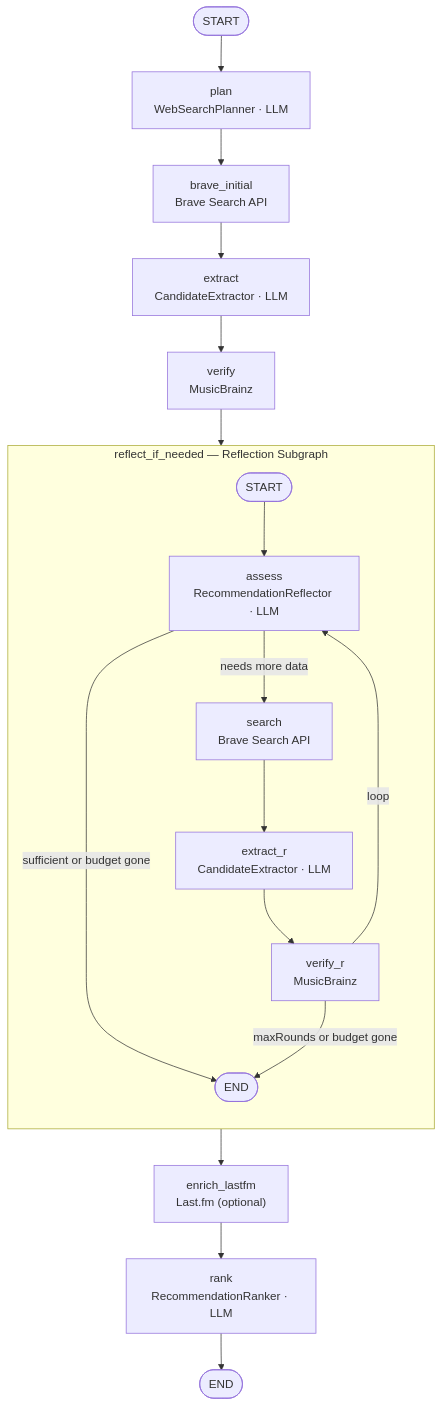
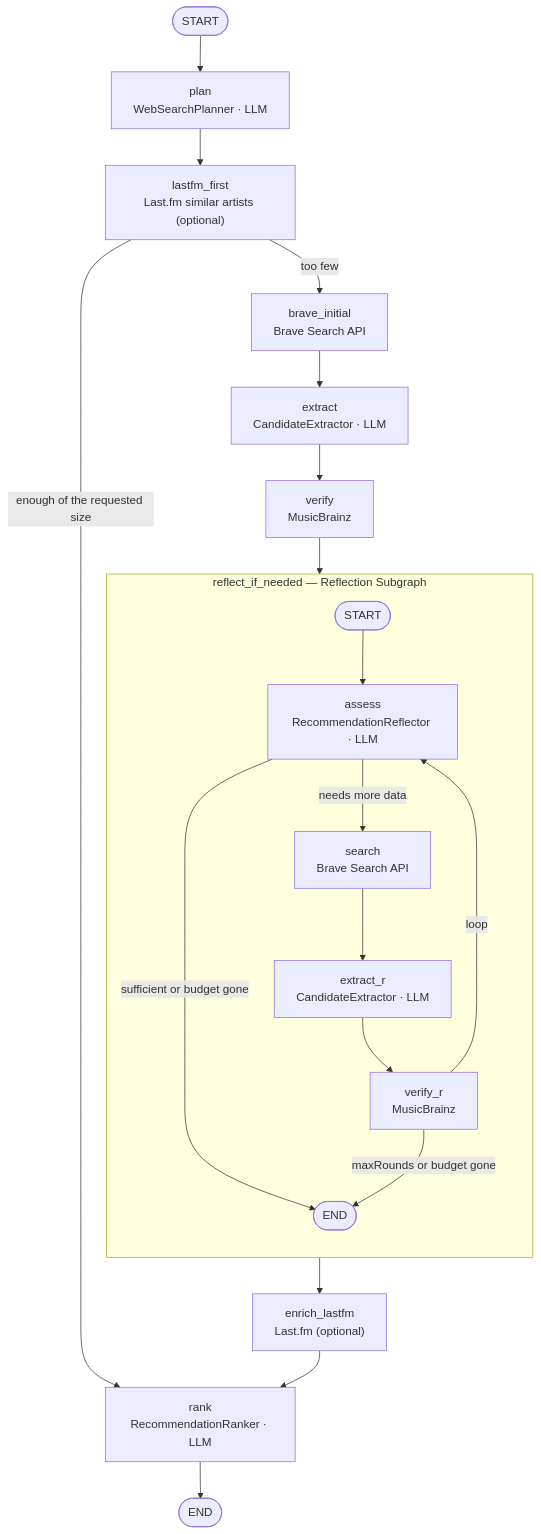
One commit to eikrad/bandsearch-app changed the second of 2 diagrams in README.md. Above: the diagram before and after it, drawn with Mermaid. The commit also changed 11 other files, not shown here.

First line of the commit message:
feat(api): answer from Last.fm first when it knows enough

````diff
--- a/README.md
+++ b/README.md
@@ -36,23 +36,25 @@
 ```mermaid
 flowchart TD
     START(["START"]) --> plan["plan\nWebSearchPlanner · LLM"]
-    plan --> brave_initial["brave_initial\nBrave Search API"]
+    plan --> lastfm_first["lastfm_first\nLast.fm similar artists (optional)"]
+    lastfm_first -- "enough of the requested size" --> rank
+    lastfm_first -- "too few" --> brave_initial["brave_initial\nBrave Search API"]
     brave_initial --> extract["extract\nCandidateExtractor · LLM"]
     extract --> verify["verify\nMusicBrainz"]
     verify --> reflect_if_needed
 
     subgraph reflect_if_needed["reflect_if_needed — Reflection Subgraph"]
         direction TD
         subSTART(["START"]) --> assess["assess\nRecommendationReflector · LLM"]
         assess -- "sufficient or budget gone" --> subEND(["END"])
         assess -- "needs more data" --> search["search\nBrave Search API"]
         search --> extract_r["extract_r\nCandidateExtractor · LLM"]
         extract_r --> verify_r["verify_r\nMusicBrainz"]
         verify_r -- "maxRounds or budget gone" --> subEND
         verify_r -- "loop" --> assess
     end
 
     reflect_if_needed --> enrich_lastfm["enrich_lastfm\nLast.fm (optional)"]
     enrich_lastfm --> rank["rank\nRecommendationRanker · LLM"]
     rank --> END(["END"])
 ```
````
